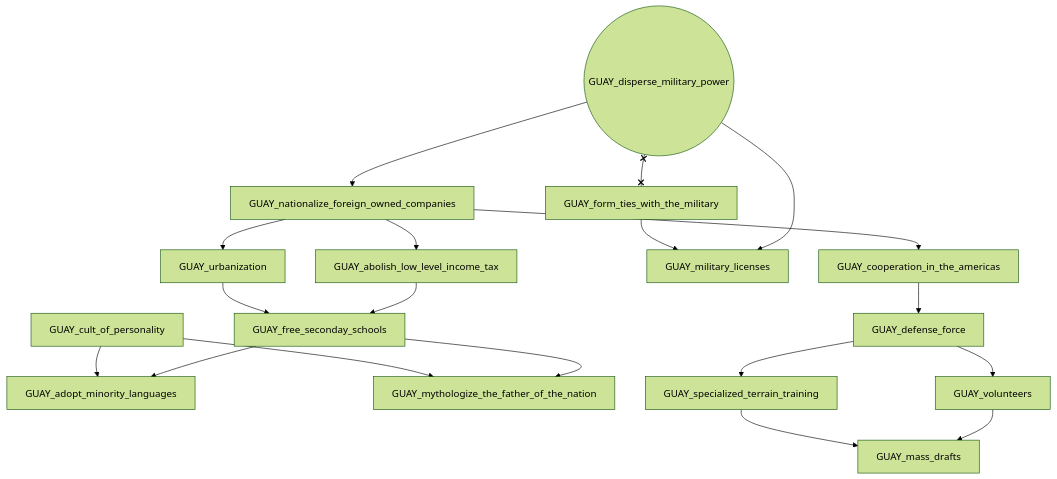
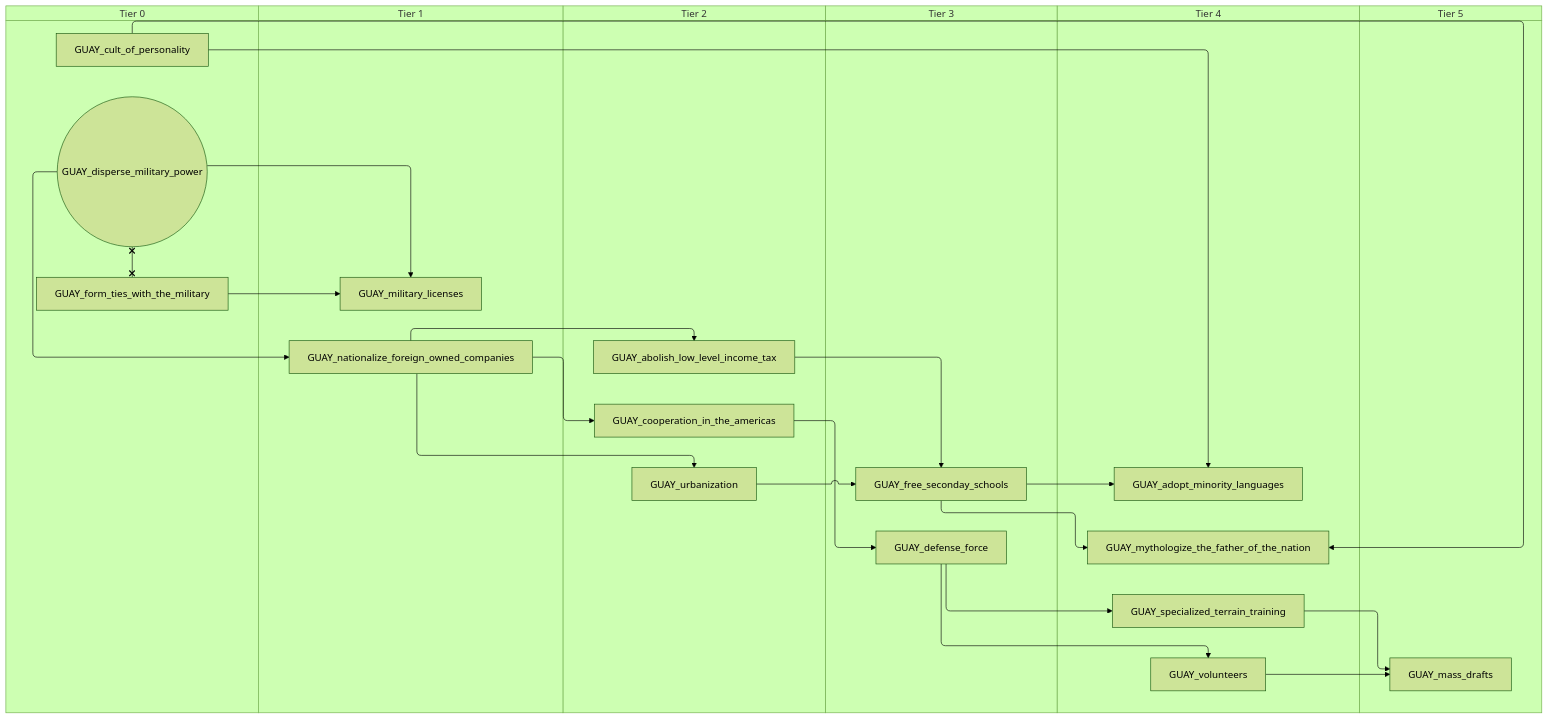
One commit to evgeny-sobol/hoi4-sandbox-mode-r56 changed the first of 7 diagrams in docs/gdd/National Focuses/paraguay_uruguay_shared_branch.md. Above: the diagram before and after it, drawn with Mermaid (forest theme). The commit also changed other lines of this file and 423 other files, not shown here.

First line of the commit message:
Re-export Rt56 focus trees as swimlane diagrams

````diff
--- a/docs/gdd/National Focuses/paraguay_uruguay_shared_branch.md
+++ b/docs/gdd/National Focuses/paraguay_uruguay_shared_branch.md
@@ -3,36 +3,48 @@
 ```mermaid
-flowchart TD
-    n1["GUAY_abolish_low_level_income_tax"]
-    n2["GUAY_adopt_minority_languages"]
-    n3["GUAY_cooperation_in_the_americas"]
-    n4["GUAY_cult_of_personality"]
-    n5["GUAY_defense_force"]
-    n6(("GUAY_disperse_military_power"))
-    n7["GUAY_form_ties_with_the_military"]
-    n8["GUAY_free_seconday_schools"]
-    n9["GUAY_mass_drafts"]
-    n10["GUAY_military_licenses"]
-    n11["GUAY_mythologize_the_father_of_the_nation"]
-    n12["GUAY_nationalize_foreign_owned_companies"]
-    n13["GUAY_specialized_terrain_training"]
-    n14["GUAY_urbanization"]
-    n15["GUAY_volunteers"]
-    n12 --> n1
-    n4 --> n2
-    n8 --> n2
-    n12 --> n3
-    n3 --> n5
-    n14 --> n8
-    n1 --> n8
-    n13 --> n9
-    n15 --> n9
-    n7 --> n10
+swimlane-beta TD
+    subgraph tier_0["Tier 0"]
+        n1["GUAY_cult_of_personality"]
+        n2(("GUAY_disperse_military_power"))
+        n3["GUAY_form_ties_with_the_military"]
+    end
+    subgraph tier_1["Tier 1"]
+        n4["GUAY_military_licenses"]
+        n5["GUAY_nationalize_foreign_owned_companies"]
+    end
+    subgraph tier_2["Tier 2"]
+        n6["GUAY_abolish_low_level_income_tax"]
+        n7["GUAY_cooperation_in_the_americas"]
+        n8["GUAY_urbanization"]
+    end
+    subgraph tier_3["Tier 3"]
+        n9["GUAY_defense_force"]
+        n10["GUAY_free_seconday_schools"]
+    end
+    subgraph tier_4["Tier 4"]
+        n11["GUAY_adopt_minority_languages"]
+        n12["GUAY_mythologize_the_father_of_the_nation"]
+        n13["GUAY_specialized_terrain_training"]
+        n14["GUAY_volunteers"]
+    end
+    subgraph tier_5["Tier 5"]
+        n15["GUAY_mass_drafts"]
+    end
+    n5 --> n6
+    n1 --> n11
+    n10 --> n11
+    n5 --> n7
+    n7 --> n9
+    n8 --> n10
     n6 --> n10
-    n4 --> n11
-    n8 --> n11
-    n6 --> n12
-    n5 --> n13
-    n12 --> n14
-    n5 --> n15
-    n6 x--x n7
+    n13 --> n15
+    n14 --> n15
+    n3 --> n4
+    n2 --> n4
+    n1 --> n12
+    n10 --> n12
+    n2 --> n5
+    n9 --> n13
+    n5 --> n8
+    n9 --> n14
+    n2 x--x n3
 ```
````
